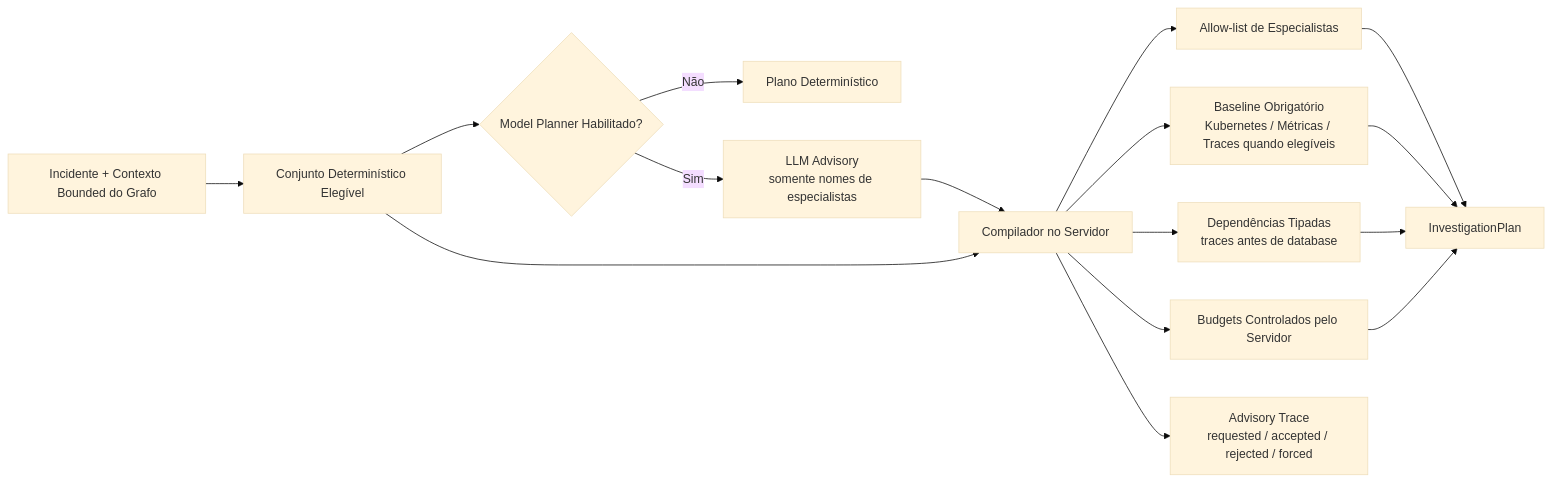
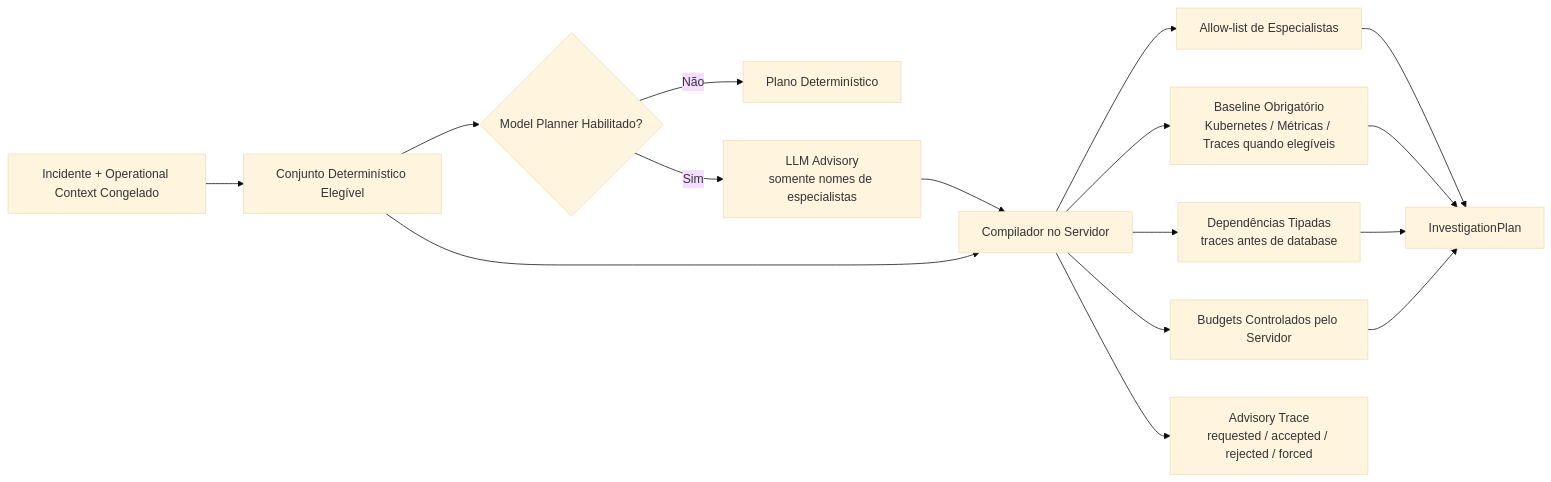
One commit to marcocristofolini/ai-sre-rca changed the second of 3 diagrams in docs/agentic-investigation.pt-BR.md. Above: the diagram before and after it, drawn with Mermaid (base theme). The commit also changed other lines of this file, not shown here.

Commit message:
docs: describe frozen agentic operational context pt-br

```diff
--- a/docs/agentic-investigation.pt-BR.md
+++ b/docs/agentic-investigation.pt-BR.md
@@ -34,18 +65,18 @@
 ~~~mermaid
 flowchart LR
-    I[Incidente + Contexto Bounded do Grafo] --> EL[Conjunto Determinístico Elegível]
+    I[Incidente + Operational Context Congelado] --> EL[Conjunto Determinístico Elegível]
     EL --> ADV{Model Planner Habilitado?}
     ADV -->|Não| DP[Plano Determinístico]
     ADV -->|Sim| LLM[LLM Advisory<br/>somente nomes de especialistas]
     LLM --> COMP[Compilador no Servidor]
     EL --> COMP
     COMP --> AL[Allow-list de Especialistas]
     COMP --> BASE[Baseline Obrigatório<br/>Kubernetes / Métricas / Traces quando elegíveis]
     COMP --> DEP[Dependências Tipadas<br/>traces antes de database]
     COMP --> BUD[Budgets Controlados pelo Servidor]
     AL --> OUT[InvestigationPlan]
     BASE --> OUT
     DEP --> OUT
     BUD --> OUT
     COMP --> TRACE[Advisory Trace<br/>requested / accepted / rejected / forced]
 ~~~
```
